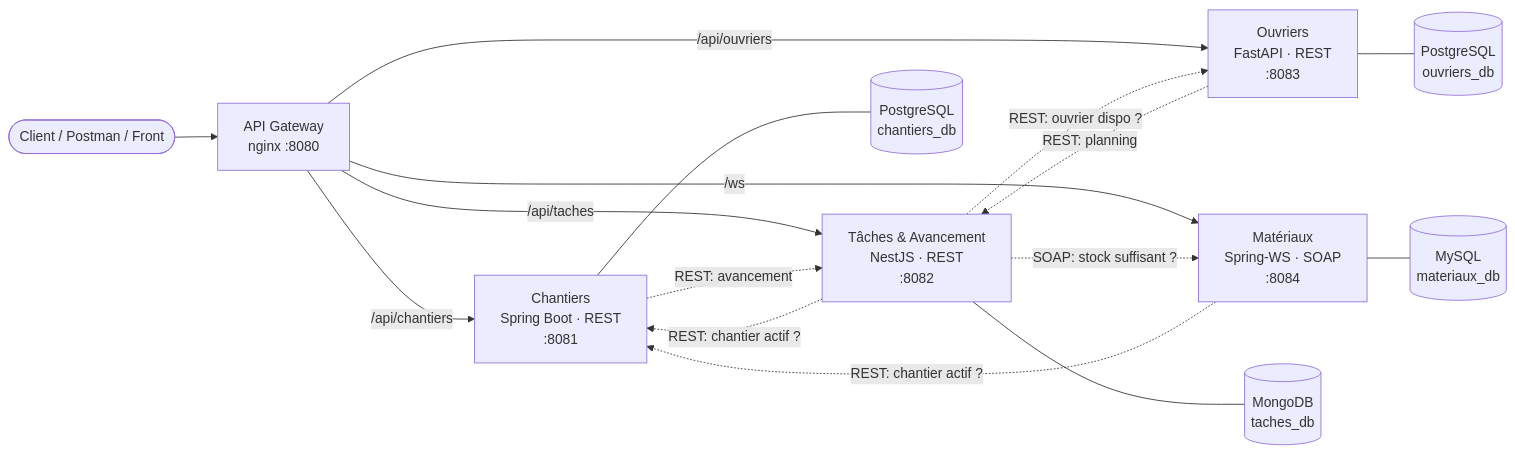
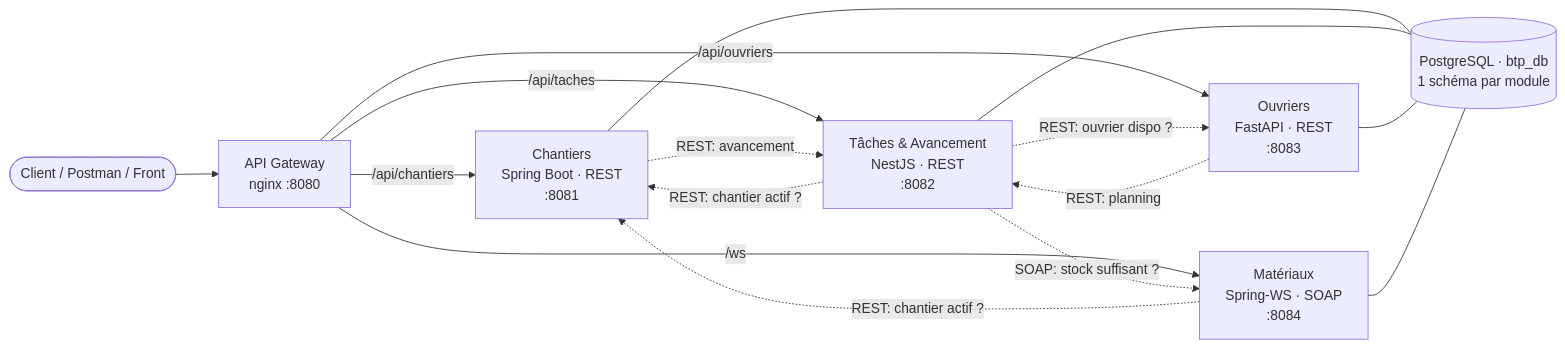
One commit to MohamedOuijjane/btp-chantiers changed the diagram in README.md. Above: the diagram before and after it, drawn with Mermaid. The commit also changed other lines of this file and 11 other files, not shown here.

Commit message:
chore(infra): base de données unique btp_db, un schéma par module

````diff
--- a/README.md
+++ b/README.md
@@ -16,21 +16,21 @@
 ```mermaid
 flowchart LR
     client([Client / Postman / Front]) --> gw[API Gateway<br/>nginx :8080]
 
     gw -->|/api/chantiers| CH[Chantiers<br/>Spring Boot · REST<br/>:8081]
     gw -->|/api/taches| TA[Tâches & Avancement<br/>NestJS · REST<br/>:8082]
     gw -->|/api/ouvriers| OU[Ouvriers<br/>FastAPI · REST<br/>:8083]
     gw -->|/ws| MA[Matériaux<br/>Spring-WS · SOAP<br/>:8084]
 
     CH -. REST: avancement .-> TA
     TA -. REST: chantier actif ? .-> CH
     TA -. REST: ouvrier dispo ? .-> OU
     TA -. SOAP: stock suffisant ? .-> MA
     OU -. REST: planning .-> TA
     MA -. REST: chantier actif ? .-> CH
 
-    CH --- pg1[(PostgreSQL<br/>chantiers_db)]
-    OU --- pg2[(PostgreSQL<br/>ouvriers_db)]
-    TA --- mg[(MongoDB<br/>taches_db)]
-    MA --- my[(MySQL<br/>materiaux_db)]
+    CH --- db[(PostgreSQL · btp_db<br/>1 schéma par module)]
+    TA --- db
+    OU --- db
+    MA --- db
 ```
````
